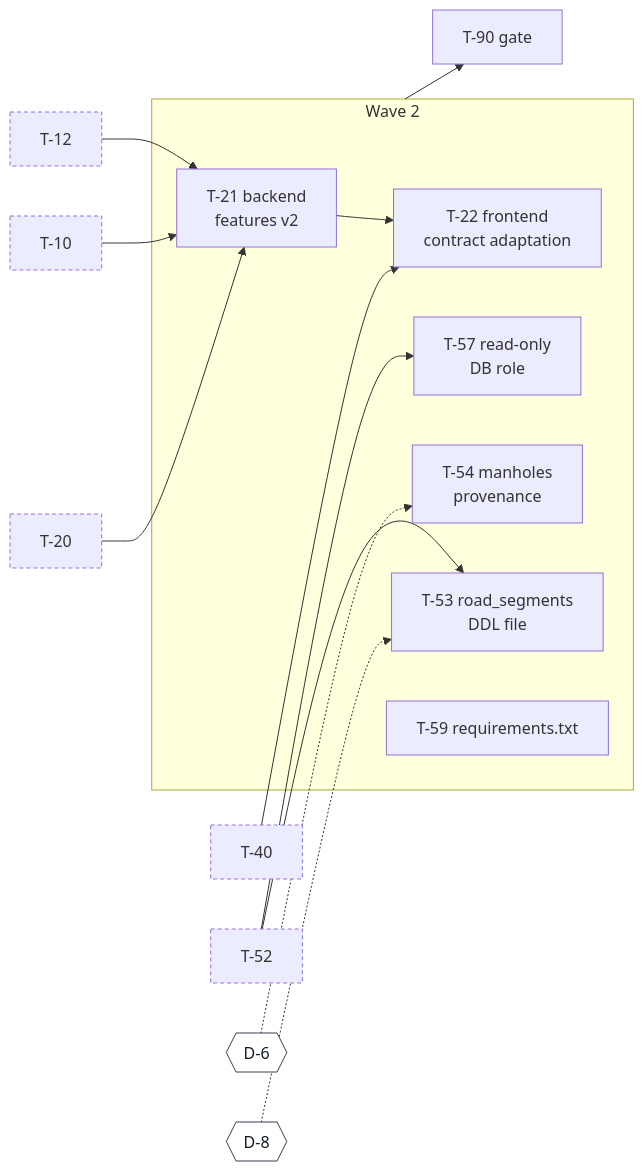
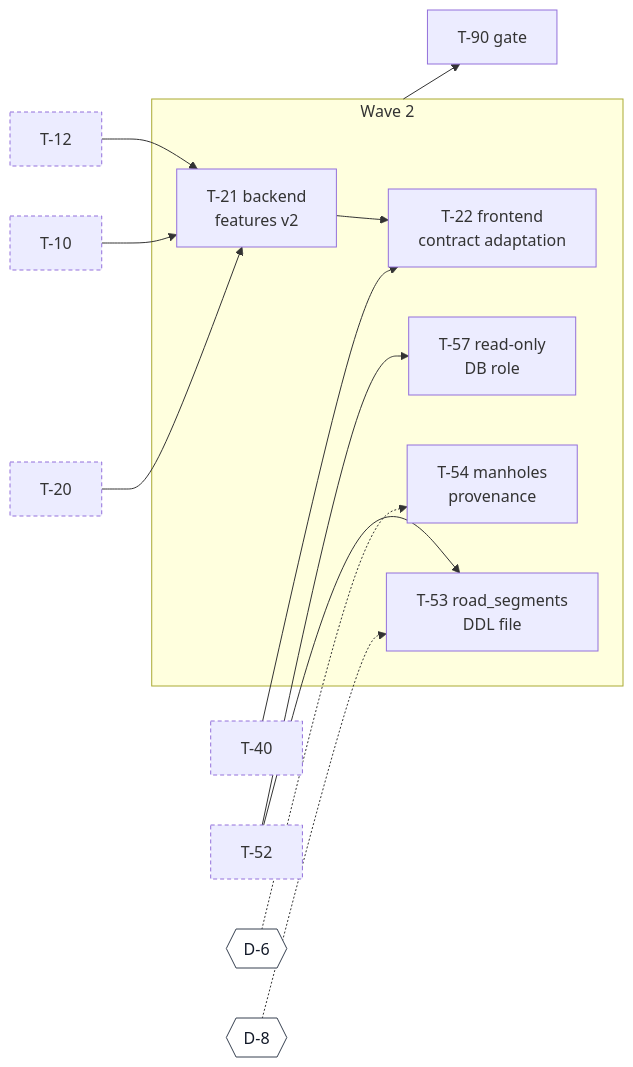
One commit to adrianfarhat/orlando-infrastructure-etl changed the third of 7 diagrams in docs/agents/development-status.md. Above: the diagram before and after it, drawn with Mermaid. The commit also changed other lines of this file and 3 other files, not shown here.

````diff
--- a/docs/agents/development-status.md
+++ b/docs/agents/development-status.md
@@ -93,35 +94,34 @@
 ```mermaid
 flowchart LR
   %% diagram-type: dependency
   T20p["T-20"]
   T10p["T-10"]
   T12p["T-12"]
   T40p["T-40"]
   T52p["T-52"]
   D6{{"D-6"}}
   D8{{"D-8"}}
   subgraph W2["Wave 2"]
     T21["T-21 backend<br/>features v2"]
     T22["T-22 frontend<br/>contract adaptation"]
     T53["T-53 road_segments<br/>DDL file"]
     T54["T-54 manholes<br/>provenance"]
     T57["T-57 read-only<br/>DB role"]
-    T59["T-59 requirements.txt"]
   end
   G2["T-90 gate"]
   T20p --> T21
   T10p --> T21
   T12p --> T21
   T21 --> T22
   T40p --> T22
   T52p --> T53
   D8 -.-> T53
   D6 -.-> T54
   T52p --> T57
   W2 --> G2
 
   classDef decision fill:#ffffff,stroke:#374151,color:#111827
   classDef otherwave stroke-dasharray:4 3
   class D6,D8 decision
   class T20p,T10p,T12p,T40p,T52p otherwave
 ```
````
